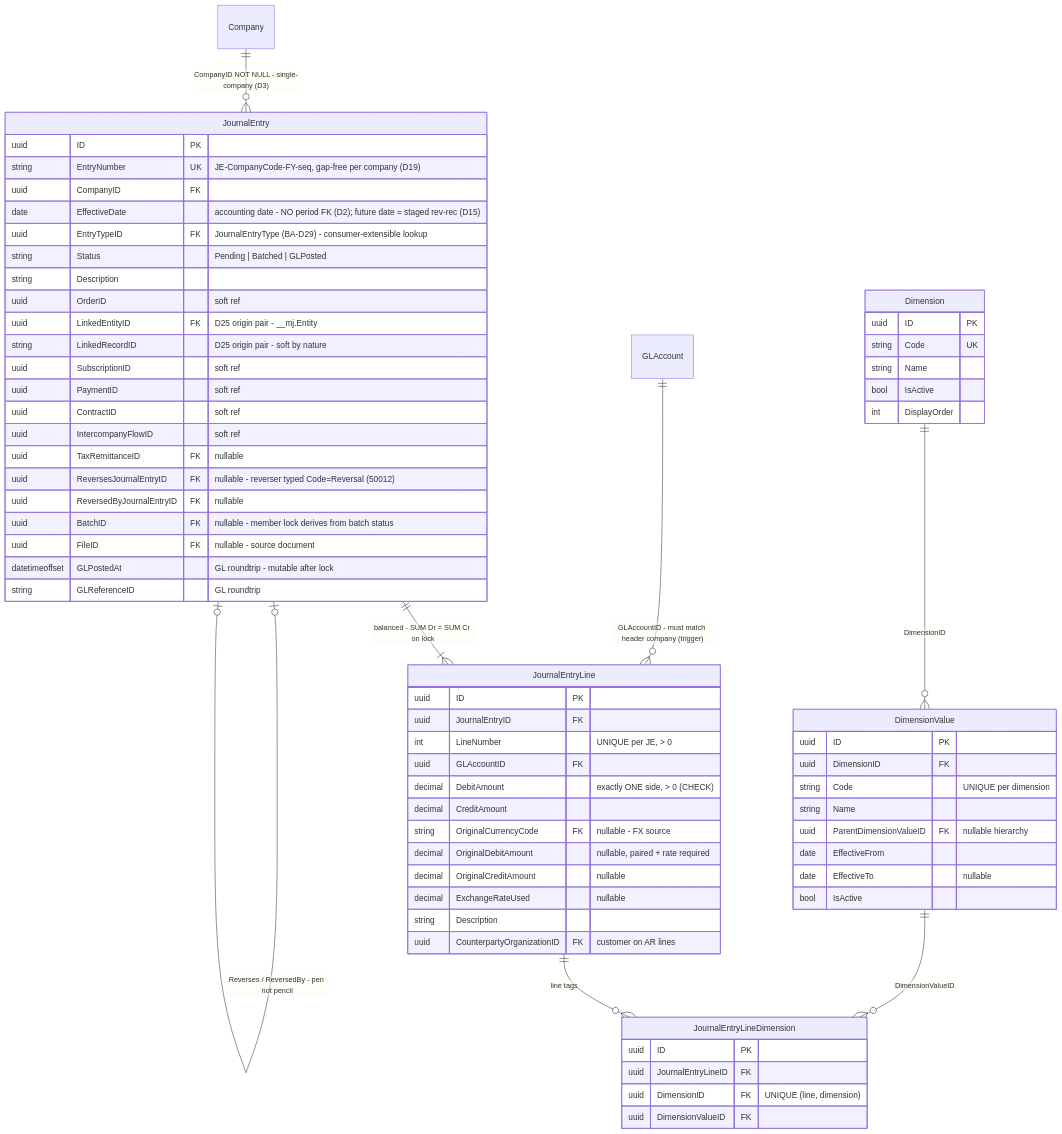
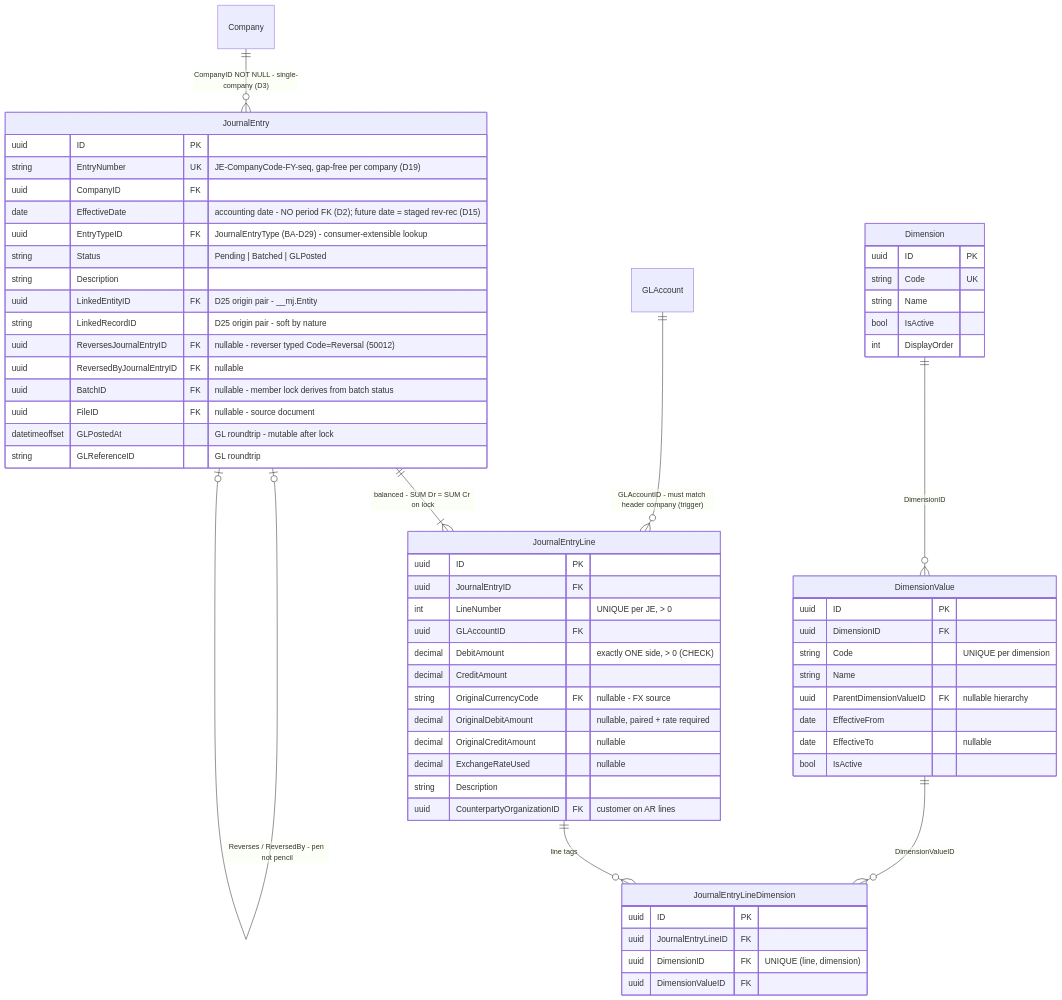
One commit to MemberJunction/bizapps-accounting changed the sixth of 12 diagrams in docs/bizapps-accounting-erd.md. Above: the diagram before and after it, drawn with Mermaid. The commit also changed other lines of this file and 226 other files, not shown here.

````diff
--- a/docs/bizapps-accounting-erd.md
+++ b/docs/bizapps-accounting-erd.md
@@ -588,71 +575,65 @@
 ```mermaid
 erDiagram
     Company ||--o{ JournalEntry : "CompanyID NOT NULL - single-company (D3)"
     JournalEntry ||--|{ JournalEntryLine : "balanced - SUM Dr = SUM Cr on lock"
     GLAccount ||--o{ JournalEntryLine : "GLAccountID - must match header company (trigger)"
     JournalEntry |o--o| JournalEntry : "Reverses / ReversedBy - pen not pencil"
     JournalEntryLine ||--o{ JournalEntryLineDimension : "line tags"
     Dimension ||--o{ DimensionValue : "DimensionID"
     DimensionValue ||--o{ JournalEntryLineDimension : "DimensionValueID"
 
     JournalEntry {
         uuid ID PK
         string EntryNumber UK "JE-CompanyCode-FY-seq, gap-free per company (D19)"
         uuid CompanyID FK
         date EffectiveDate "accounting date - NO period FK (D2); future date = staged rev-rec (D15)"
         uuid EntryTypeID FK "JournalEntryType (BA-D29) - consumer-extensible lookup"
         string Status "Pending | Batched | GLPosted"
         string Description
-        uuid OrderID "soft ref"
         uuid LinkedEntityID FK "D25 origin pair - __mj.Entity"
         string LinkedRecordID "D25 origin pair - soft by nature"
-        uuid SubscriptionID "soft ref"
-        uuid PaymentID "soft ref"
-        uuid ContractID "soft ref"
-        uuid IntercompanyFlowID "soft ref"
-        uuid TaxRemittanceID FK "nullable"
         uuid ReversesJournalEntryID FK "nullable - reverser typed Code=Reversal (50012)"
         uuid ReversedByJournalEntryID FK "nullable"
         uuid BatchID FK "nullable - member lock derives from batch status"
         uuid FileID FK "nullable - source document"
         datetimeoffset GLPostedAt "GL roundtrip - mutable after lock"
         string GLReferenceID "GL roundtrip"
     }
     JournalEntryLine {
         uuid ID PK
         uuid JournalEntryID FK
         int LineNumber "UNIQUE per JE, > 0"
         uuid GLAccountID FK
         decimal DebitAmount "exactly ONE side, > 0 (CHECK)"
         decimal CreditAmount
         string OriginalCurrencyCode FK "nullable - FX source"
         decimal OriginalDebitAmount "nullable, paired + rate required"
         decimal OriginalCreditAmount "nullable"
         decimal ExchangeRateUsed "nullable"
         string Description
         uuid CounterpartyOrganizationID FK "customer on AR lines"
     }
     JournalEntryLineDimension {
         uuid ID PK
         uuid JournalEntryLineID FK
         uuid DimensionID FK "UNIQUE (line, dimension)"
         uuid DimensionValueID FK
     }
     Dimension {
         uuid ID PK
         string Code UK
         string Name
         bool IsActive
         int DisplayOrder
     }
     DimensionValue {
         uuid ID PK
         uuid DimensionID FK
         string Code "UNIQUE per dimension"
         string Name
         uuid ParentDimensionValueID FK "nullable hierarchy"
         date EffectiveFrom
         date EffectiveTo "nullable"
         bool IsActive
     }
 ```
````
